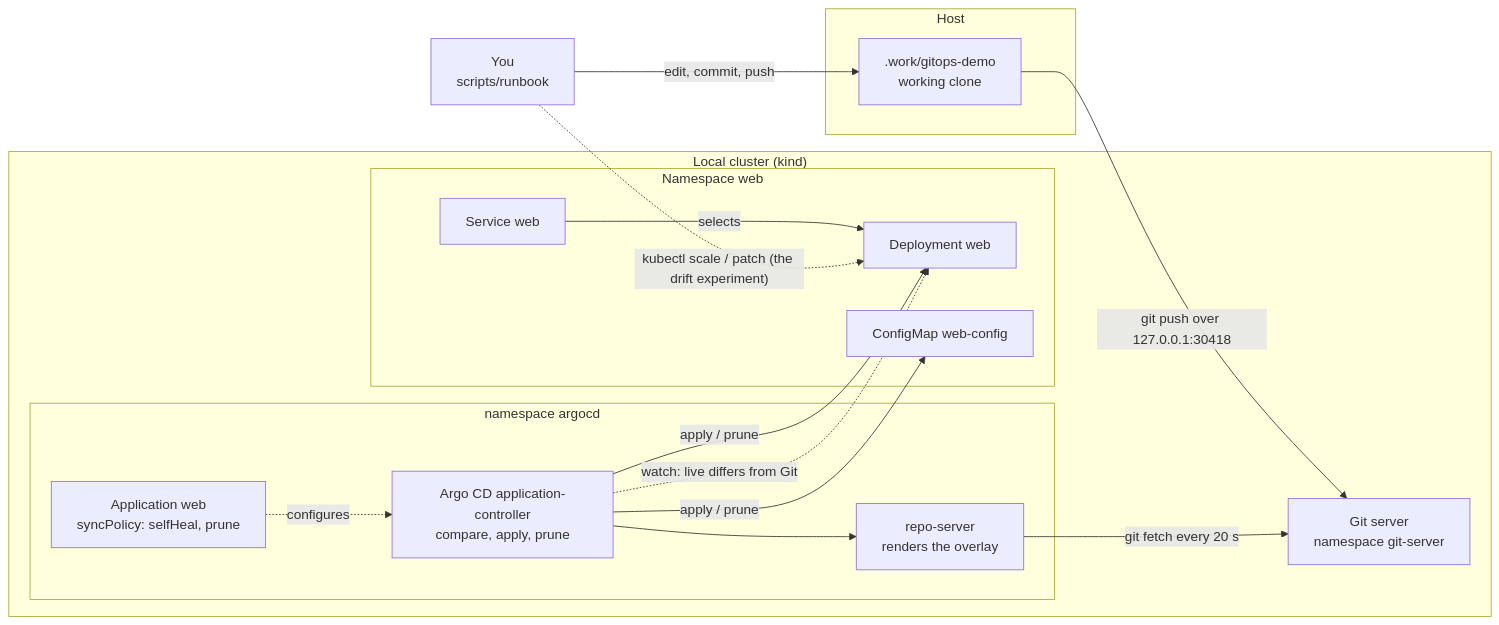
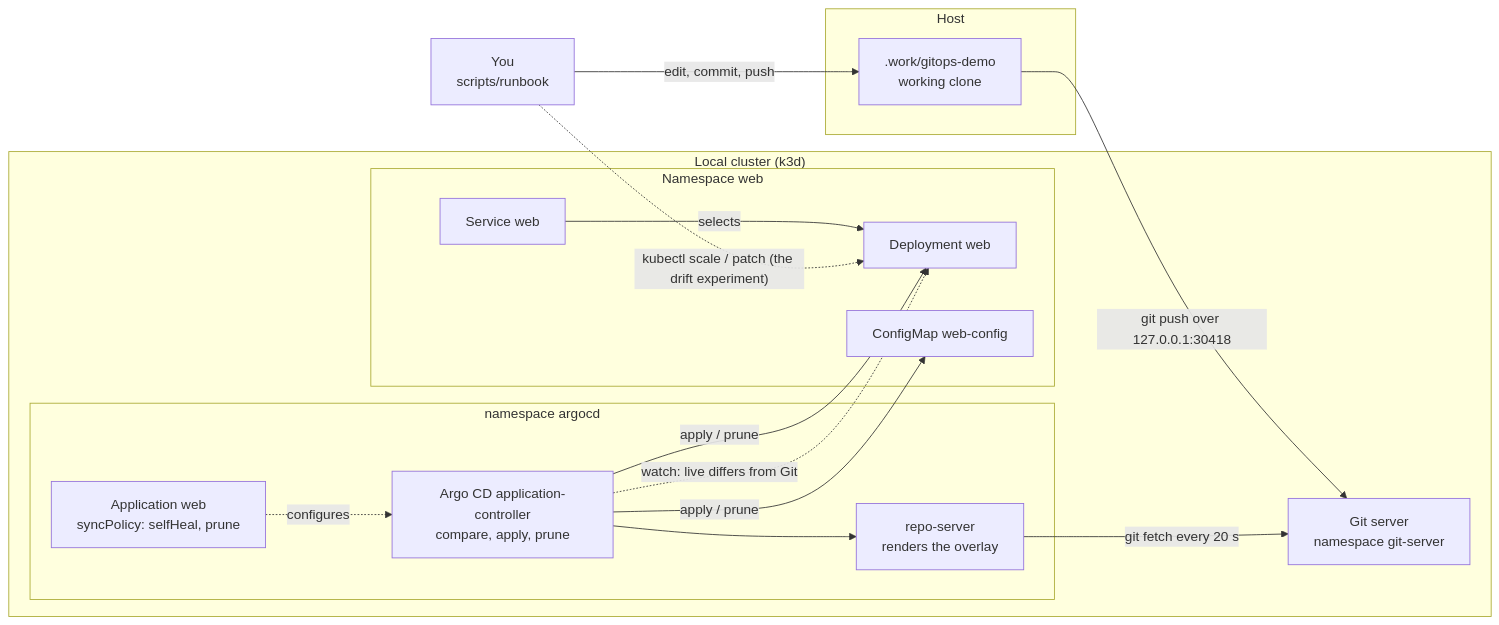
One commit to plainround-projects/gitops-reconcile-and-drift changed the diagram in ARCHITECTURE.md. Above: the diagram before and after it, drawn with Mermaid. The commit also changed other lines of this file and 16 other files, not shown here.

Commit message:
refactor: choose the cluster provider in one place; k3d by default, kind optional

````diff
--- a/ARCHITECTURE.md
+++ b/ARCHITECTURE.md
@@ -29,30 +29,30 @@
 ```mermaid
 flowchart LR
     you["You<br/>scripts/runbook"]
     subgraph host["Host"]
         clone[".work/gitops-demo<br/>working clone"]
     end
-    subgraph kind["Local cluster (kind)"]
+    subgraph kind["Local cluster (k3d)"]
         git["Git server<br/>namespace git-server"]
         subgraph argocd["namespace argocd"]
             repo["repo-server<br/>renders the overlay"]
             ctl["Argo CD application-controller<br/>compare, apply, prune"]
             app["Application web<br/>syncPolicy: selfHeal, prune"]
         end
         subgraph web["Namespace web"]
             dep["Deployment web"]
             cm["ConfigMap web-config"]
             svc["Service web"]
         end
     end
     you -- "edit, commit, push" --> clone
     clone -- "git push over 127.0.0.1:30418" --> git
     repo -- "git fetch every 20 s" --> git
     ctl --> repo
     app -. "configures" .-> ctl
     ctl -- "apply / prune" --> dep
     ctl -- "apply / prune" --> cm
     svc -- "selects" --> dep
     you -. "kubectl scale / patch (the drift experiment)" .-> dep
     ctl -. "watch: live differs from Git" .-> dep
 ```
````
